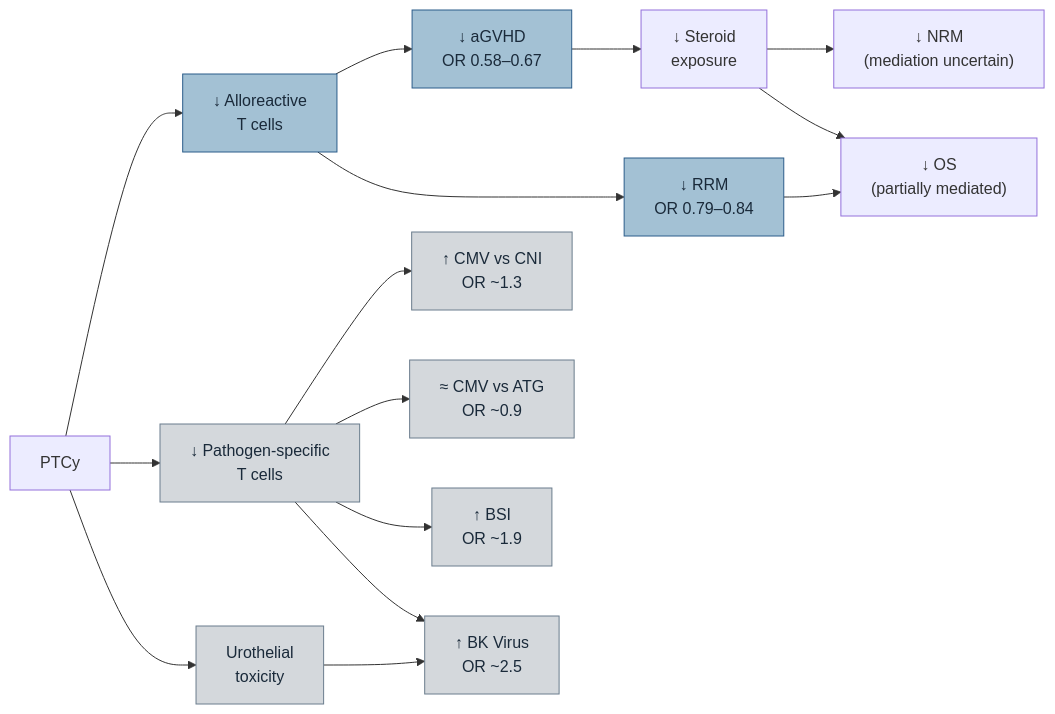
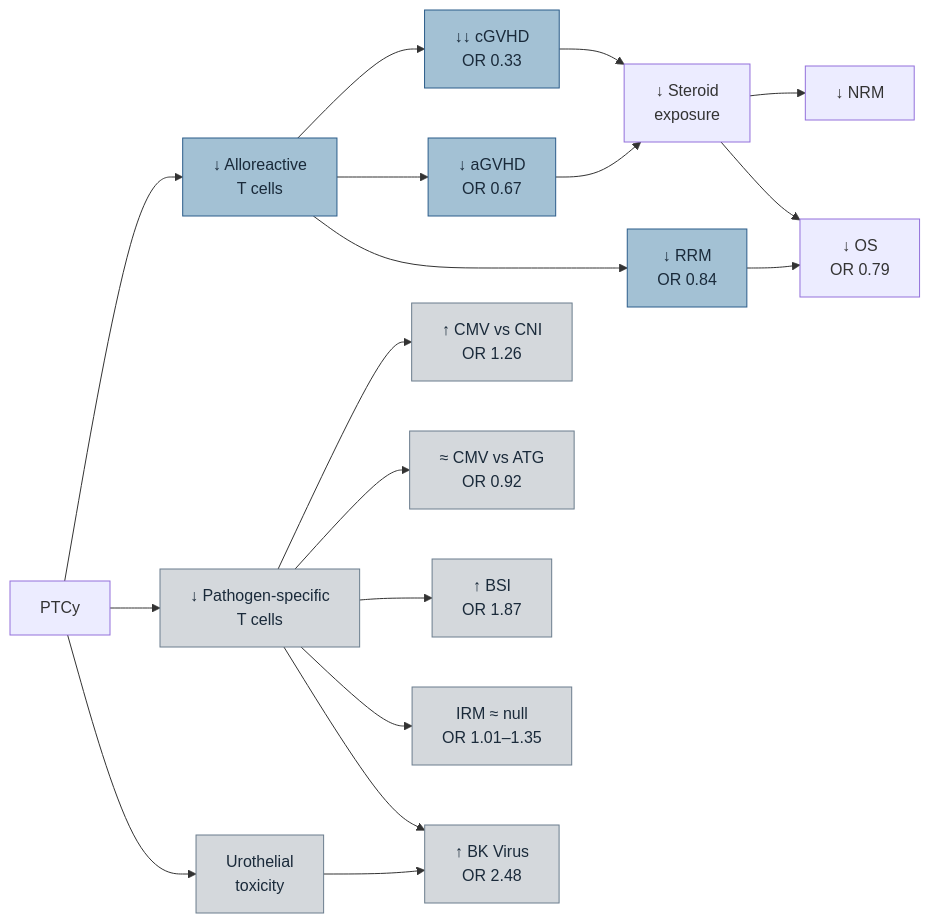
The diagram in 05_website/index.qmd (Russlewisbo/ptcy_metaanalys), drawn with Mermaid before and after one commit. The commit also changed other lines of this file and 66 other files, not shown here.

````diff
--- a/05_website/index.qmd
+++ b/05_website/index.qmd
@@ -231,33 +267,38 @@
 ```{mermaid}
-%%| fig-width: 8
+%%| fig-width: 9
 %%| label: fig-mechanism
-%%| fig-cap: "Dual-pathway mechanistic framework for PTCy effects."
+%%| fig-cap: "Three-pathway mechanistic framework for PTCy effects."
 
 flowchart LR
     PTCy --> A["↓ Alloreactive\nT cells"]
     PTCy --> B["↓ Pathogen-specific\nT cells"]
     PTCy --> U["Urothelial\ntoxicity"]
 
-    A --> C["↓ aGVHD\nOR 0.58–0.67"]
-    A --> R["↓ RRM\nOR 0.79–0.84"]
+    A --> C["↓↓ cGVHD\nOR 0.33"]
+    A --> C2["↓ aGVHD\nOR 0.67"]
+    A --> R["↓ RRM\nOR 0.84"]
     C --> D["↓ Steroid\nexposure"]
-    D --> E["↓ NRM\n(mediation uncertain)"]
-    D --> F["↓ OS\n(partially mediated)"]
+    C2 --> D
+    D --> E["↓ NRM"]
+    D --> F["↓ OS\nOR 0.79"]
     R --> F
 
-    B --> G["↑ CMV vs CNI\nOR ~1.3"]
-    B --> H["≈ CMV vs ATG\nOR ~0.9"]
-    B --> I["↑ BSI\nOR ~1.9"]
+    B --> G["↑ CMV vs CNI\nOR 1.26"]
+    B --> H["≈ CMV vs ATG\nOR 0.92"]
+    B --> I["↑ BSI\nOR 1.87"]
+    B --> K["IRM ≈ null\nOR 1.01–1.35"]
     B --> J["↑ BK Virus"]
-    U --> J["↑ BK Virus\nOR ~2.5"]
+    U --> J["↑ BK Virus\nOR 2.48"]
 
     style A fill:#a3c1d4,stroke:#2b5c8a,color:#1a2a3a
     style B fill:#d4d8dc,stroke:#6b7d8d,color:#1a2a3a
     style U fill:#d4d8dc,stroke:#6b7d8d,color:#1a2a3a
     style C fill:#a3c1d4,stroke:#2b5c8a,color:#1a2a3a
+    style C2 fill:#a3c1d4,stroke:#2b5c8a,color:#1a2a3a
     style R fill:#a3c1d4,stroke:#2b5c8a,color:#1a2a3a
     style G fill:#d4d8dc,stroke:#6b7d8d,color:#1a2a3a
     style H fill:#d4d8dc,stroke:#6b7d8d,color:#1a2a3a
     style I fill:#d4d8dc,stroke:#6b7d8d,color:#1a2a3a
     style J fill:#d4d8dc,stroke:#6b7d8d,color:#1a2a3a
+    style K fill:#d4d8dc,stroke:#6b7d8d,color:#1a2a3a
 ```
````
